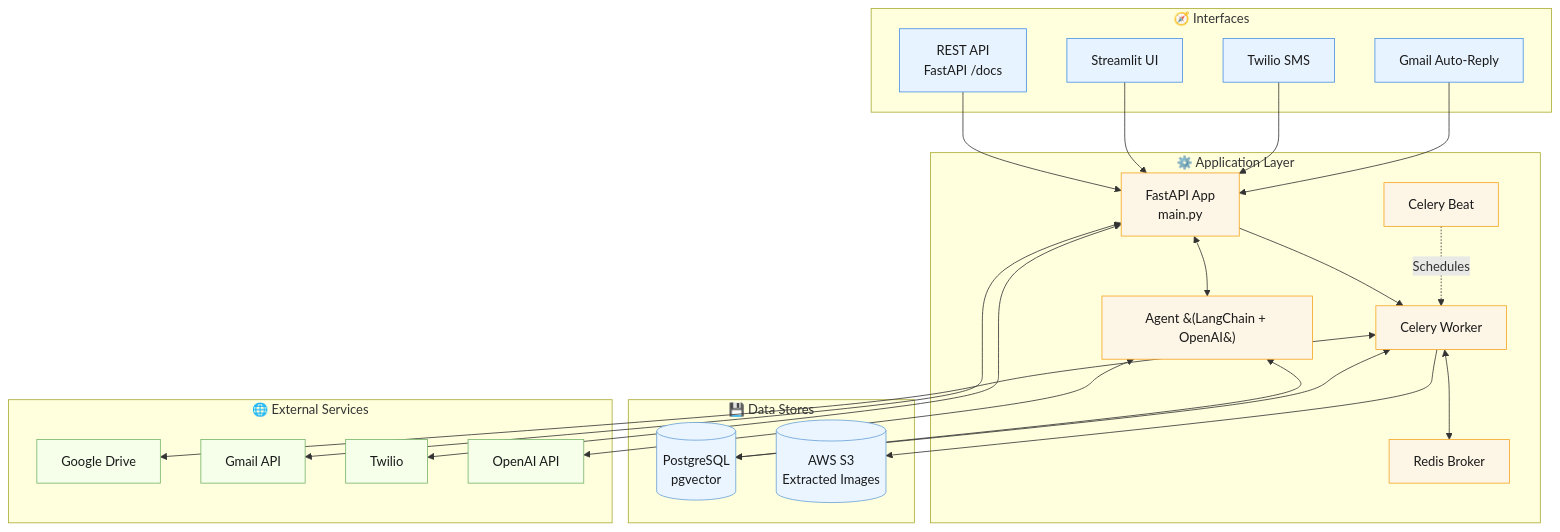
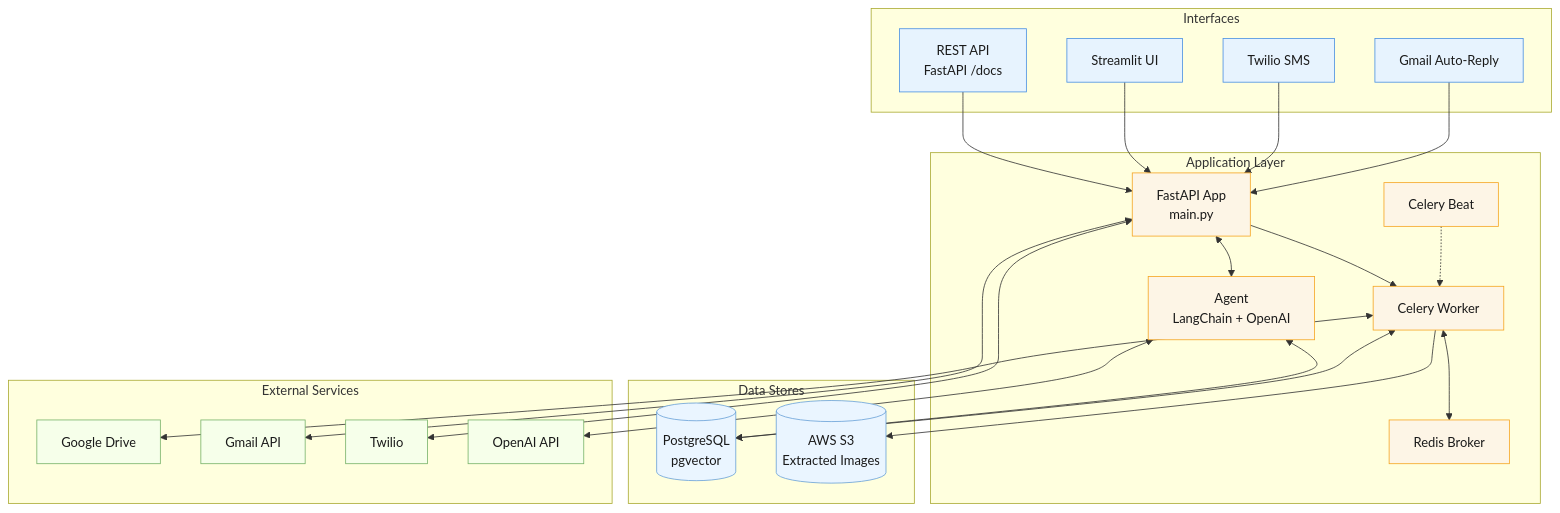
The first of 2 diagrams in README.md (azamafridi23/Document-Processing-RAG-System), drawn with Mermaid before and after one commit.

Commit message:
Fix: README Mermaid Error

````diff
--- a/README.md
+++ b/README.md
@@ -38,64 +38,64 @@
 ```mermaid
 flowchart TD
   %% ===== INTERFACES =====
-  subgraph Interfaces["🧭 Interfaces"]
-    A1[REST API<br/>FastAPI /docs]
-    A2[Streamlit UI]
-    A3[Twilio SMS]
-    A4[Gmail Auto-Reply]
+  subgraph Interfaces["Interfaces"]
+    A1["REST API<br/>FastAPI /docs"]
+    A2["Streamlit UI"]
+    A3["Twilio SMS"]
+    A4["Gmail Auto-Reply"]
   end
 
   %% ===== APPLICATION =====
-  subgraph App["⚙️ Application Layer"]
-    B1[FastAPI App<br/>main.py]
-    B2[Agent &#40;LangChain + OpenAI&#41;]
-    B3[Celery Worker]
-    B4[Celery Beat]
-    B5[Redis Broker]
+  subgraph App["Application Layer"]
+    B1["FastAPI App<br/>main.py"]
+    B2["Agent<br/>LangChain + OpenAI"]
+    B3["Celery Worker"]
+    B4["Celery Beat"]
+    B5["Redis Broker"]
   end
 
   %% ===== DATA STORES =====
-  subgraph DataStores["💾 Data Stores"]
-    C1[(PostgreSQL<br/>pgvector)]
-    C2[(AWS S3<br/>Extracted Images)]
+  subgraph DataStores["Data Stores"]
+    C1[("PostgreSQL<br/>pgvector")]
+    C2[("AWS S3<br/>Extracted Images")]
   end
 
   %% ===== EXTERNAL SERVICES =====
-  subgraph External["🌐 External Services"]
-    D1[Google Drive]
-    D2[Gmail API]
-    D3[Twilio]
-    D4[OpenAI API]
+  subgraph External["External Services"]
+    D1["Google Drive"]
+    D2["Gmail API"]
+    D3["Twilio"]
+    D4["OpenAI API"]
   end
 
   %% ===== CONNECTIONS =====
   A1 --> B1
   A2 --> B1
   A3 --> B1
   A4 --> B1
 
   B1 <--> B2
   B1 --> B3
-  B4 -. Schedules .-> B3
+  B4 -.-> B3
   B3 <--> B5
 
   B2 <--> C1
   B3 <--> C1
   B3 --> C2
 
   B3 <--> D1
   B1 <--> D2
   B1 <--> D3
   B2 <--> D4
 
   %% ===== STYLES =====
   classDef interface fill:#e7f3fe,stroke:#4a90e2,stroke-width:1px,color:#1a1a1a;
   classDef app fill:#fdf5e6,stroke:#f5a623,stroke-width:1px,color:#1a1a1a;
   classDef store fill:#eaf5ff,stroke:#6aa1d8,stroke-width:1px,color:#1a1a1a;
   classDef svc fill:#f6ffea,stroke:#78b36a,stroke-width:1px,color:#1a1a1a;
 
   class A1,A2,A3,A4 interface;
   class B1,B2,B3,B4,B5 app;
   class C1,C2 store;
   class D1,D2,D3,D4 svc;
 ```
````
